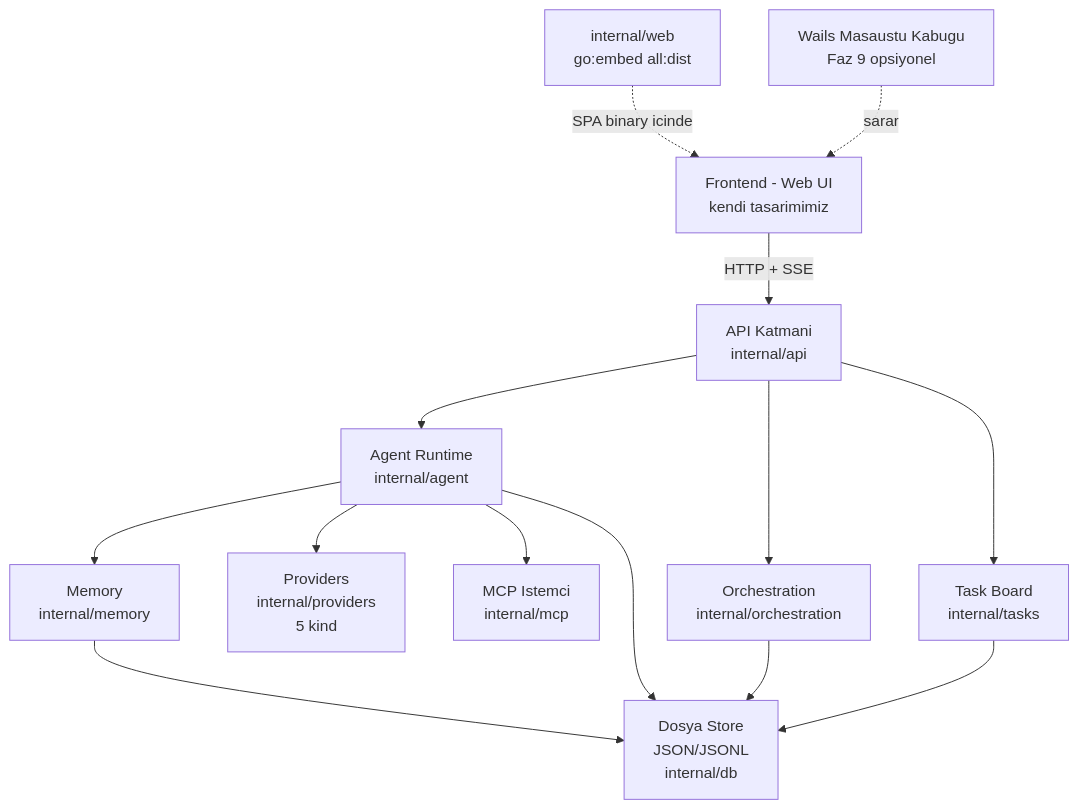
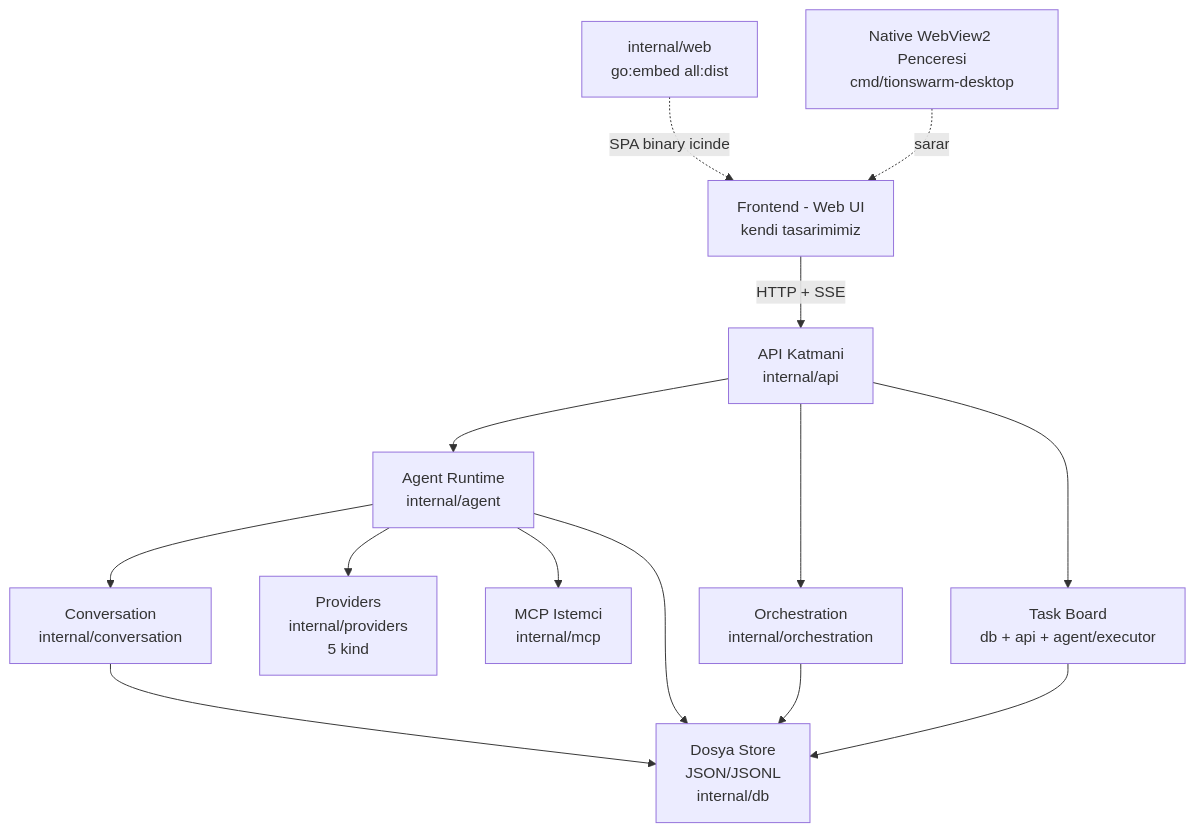
The first of 2 diagrams in _Docs/01-MIMARI.md (bilal-arikan/tionharness), drawn with Mermaid before and after one commit. The commit also changed other lines of this file and 20 other files, not shown here.

````diff
--- a/_Docs/01-MIMARI.md
+++ b/_Docs/01-MIMARI.md
@@ -5,16 +5,16 @@
 ```mermaid
 graph TD
     UI[Frontend - Web UI<br/>kendi tasarimimiz] -->|HTTP + SSE| API[API Katmani<br/>internal/api]
     API --> RT[Agent Runtime<br/>internal/agent]
     API --> ORC[Orchestration<br/>internal/orchestration]
-    API --> TASK[Task Board<br/>internal/tasks]
-    RT --> MEM[Memory<br/>internal/memory]
+    API --> TASK[Task Board<br/>db + api + agent/executor]
+    RT --> CONV[Conversation<br/>internal/conversation]
     RT --> PROV[Providers<br/>internal/providers<br/>5 kind]
     RT --> MCP[MCP Istemci<br/>internal/mcp]
-    MEM --> DB[Dosya Store<br/>JSON/JSONL<br/>internal/db]
+    CONV --> DB[Dosya Store<br/>JSON/JSONL<br/>internal/db]
     TASK --> DB
     RT --> DB
     ORC --> DB
     EMBED[internal/web<br/>go:embed all:dist] -.SPA binary icinde.-> UI
-    WAILS[Wails Masaustu Kabugu<br/>Faz 9 opsiyonel] -.sarar.-> UI
+    DESK[Native WebView2 Penceresi<br/>cmd/tionswarm-desktop] -.sarar.-> UI
 ```
````
